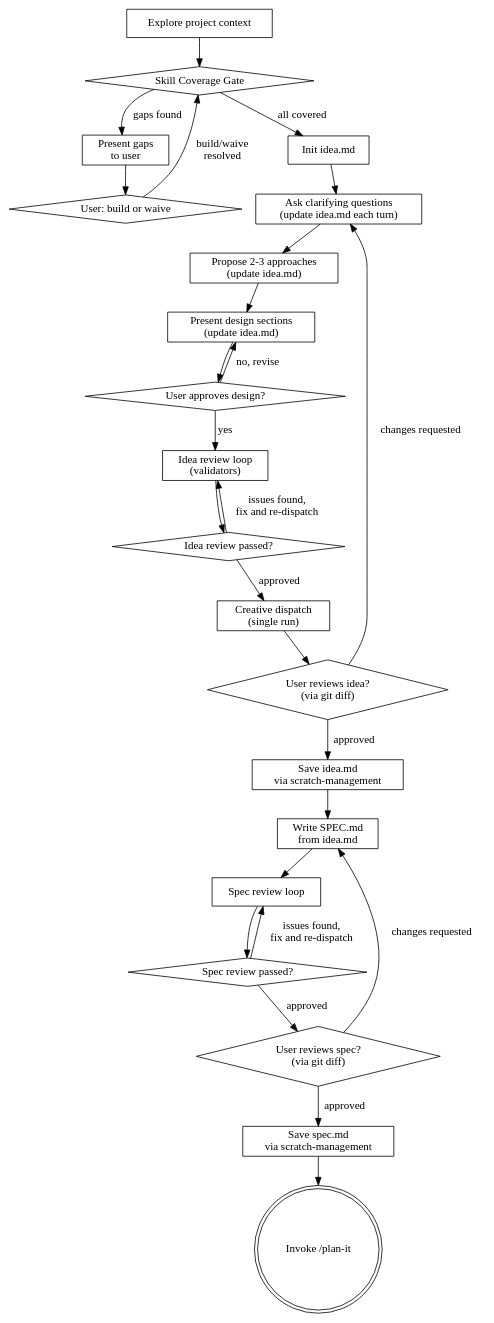
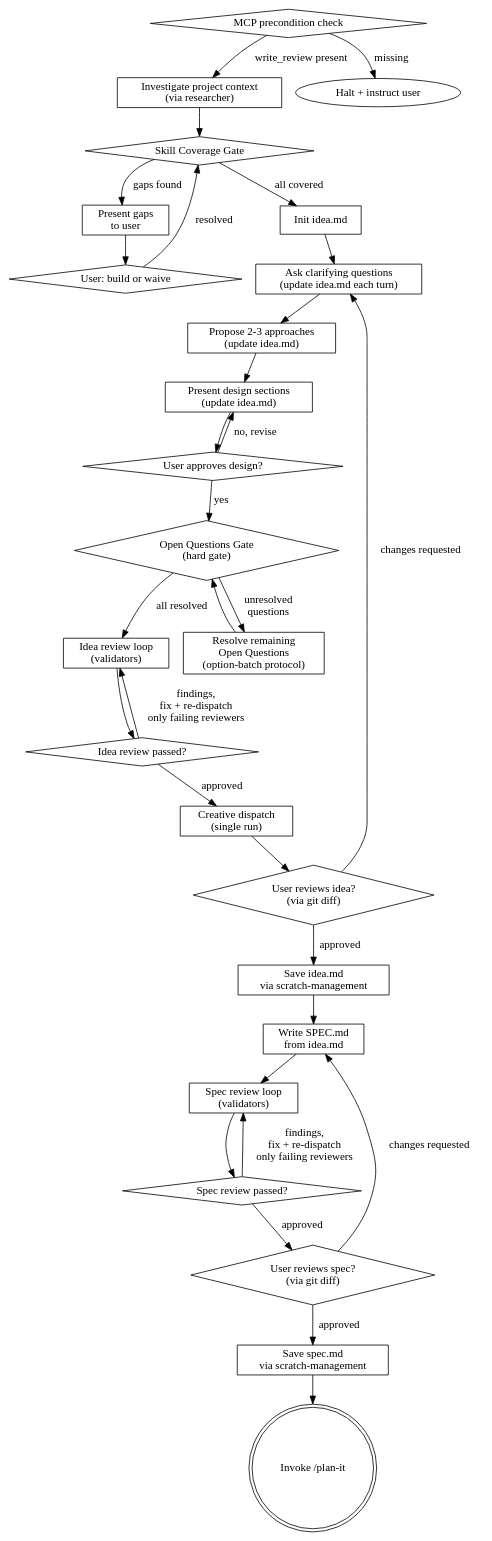
The diagram in plugins/dev-workflow/skills/brainstorming/SKILL.md (radleta/claude-plugins), drawn with Graphviz before and after one commit. The commit also changed other lines of this file and 1012 other files, not shown here.

````diff
--- a/plugins/dev-workflow/skills/brainstorming/SKILL.md
+++ b/plugins/dev-workflow/skills/brainstorming/SKILL.md
@@ -50,50 +192,58 @@
 ```dot
 digraph brainstorming {
-    "Explore project context" [shape=box];
+    "MCP precondition check" [shape=diamond];
+    "Investigate project context\n(via researcher)" [shape=box];
     "Skill Coverage Gate" [shape=diamond];
     "Present gaps\nto user" [shape=box];
     "User: build or waive" [shape=diamond];
     "Init idea.md" [shape=box];
     "Ask clarifying questions\n(update idea.md each turn)" [shape=box];
     "Propose 2-3 approaches\n(update idea.md)" [shape=box];
     "Present design sections\n(update idea.md)" [shape=box];
     "User approves design?" [shape=diamond];
+    "Open Questions Gate\n(hard gate)" [shape=diamond];
+    "Resolve remaining\nOpen Questions\n(option-batch protocol)" [shape=box];
     "Idea review loop\n(validators)" [shape=box];
     "Idea review passed?" [shape=diamond];
     "Creative dispatch\n(single run)" [shape=box];
     "User reviews idea?\n(via git diff)" [shape=diamond];
     "Save idea.md\nvia scratch-management" [shape=box];
     "Write SPEC.md\nfrom idea.md" [shape=box];
-    "Spec review loop" [shape=box];
+    "Spec review loop\n(validators)" [shape=box];
     "Spec review passed?" [shape=diamond];
     "User reviews spec?\n(via git diff)" [shape=diamond];
     "Save spec.md\nvia scratch-management" [shape=box];
     "Invoke /plan-it" [shape=doublecircle];
 
-    "Explore project context" -> "Skill Coverage Gate";
+    "MCP precondition check" -> "Investigate project context\n(via researcher)" [label="write_review present"];
+    "MCP precondition check" -> "Halt + instruct user" [label="missing"];
+    "Investigate project context\n(via researcher)" -> "Skill Coverage Gate";
     "Skill Coverage Gate" -> "Init idea.md" [label="all covered"];
     "Skill Coverage Gate" -> "Present gaps\nto user" [label="gaps found"];
     "Present gaps\nto user" -> "User: build or waive";
-    "User: build or waive" -> "Skill Coverage Gate" [label="build/waive\nresolved"];
+    "User: build or waive" -> "Skill Coverage Gate" [label="resolved"];
     "Init idea.md" -> "Ask clarifying questions\n(update idea.md each turn)";
     "Ask clarifying questions\n(update idea.md each turn)" -> "Propose 2-3 approaches\n(update idea.md)";
     "Propose 2-3 approaches\n(update idea.md)" -> "Present design sections\n(update idea.md)";
     "Present design sections\n(update idea.md)" -> "User approves design?";
     "User approves design?" -> "Present design sections\n(update idea.md)" [label="no, revise"];
-    "User approves design?" -> "Idea review loop\n(validators)" [label="yes"];
+    "User approves design?" -> "Open Questions Gate\n(hard gate)" [label="yes"];
+    "Open Questions Gate\n(hard gate)" -> "Resolve remaining\nOpen Questions\n(option-batch protocol)" [label="unresolved\nquestions"];
+    "Resolve remaining\nOpen Questions\n(option-batch protocol)" -> "Open Questions Gate\n(hard gate)";
+    "Open Questions Gate\n(hard gate)" -> "Idea review loop\n(validators)" [label="all resolved"];
     "Idea review loop\n(validators)" -> "Idea review passed?";
-    "Idea review passed?" -> "Idea review loop\n(validators)" [label="issues found,\nfix and re-dispatch"];
+    "Idea review passed?" -> "Idea review loop\n(validators)" [label="findings,\nfix + re-dispatch\nonly failing reviewers"];
     "Idea review passed?" -> "Creative dispatch\n(single run)" [label="approved"];
     "Creative dispatch\n(single run)" -> "User reviews idea?\n(via git diff)";
     "User reviews idea?\n(via git diff)" -> "Ask clarifying questions\n(update idea.md each turn)" [label="changes requested"];
     "User reviews idea?\n(via git diff)" -> "Save idea.md\nvia scratch-management" [label="approved"];
     "Save idea.md\nvia scratch-management" -> "Write SPEC.md\nfrom idea.md";
-    "Write SPEC.md\nfrom idea.md" -> "Spec review loop";
-    "Spec review loop" -> "Spec review passed?";
-    "Spec review passed?" -> "Spec review loop" [label="issues found,\nfix and re-dispatch"];
+    "Write SPEC.md\nfrom idea.md" -> "Spec review loop\n(validators)";
+    "Spec review loop\n(validators)" -> "Spec review passed?";
+    "Spec review passed?" -> "Spec review loop\n(validators)" [label="findings,\nfix + re-dispatch\nonly failing reviewers"];
     "Spec review passed?" -> "User reviews spec?\n(via git diff)" [label="approved"];
     "User reviews spec?\n(via git diff)" -> "Write SPEC.md\nfrom idea.md" [label="changes requested"];
     "User reviews spec?\n(via git diff)" -> "Save spec.md\nvia scratch-management" [label="approved"];
     "Save spec.md\nvia scratch-management" -> "Invoke /plan-it";
 }
 ```
````
